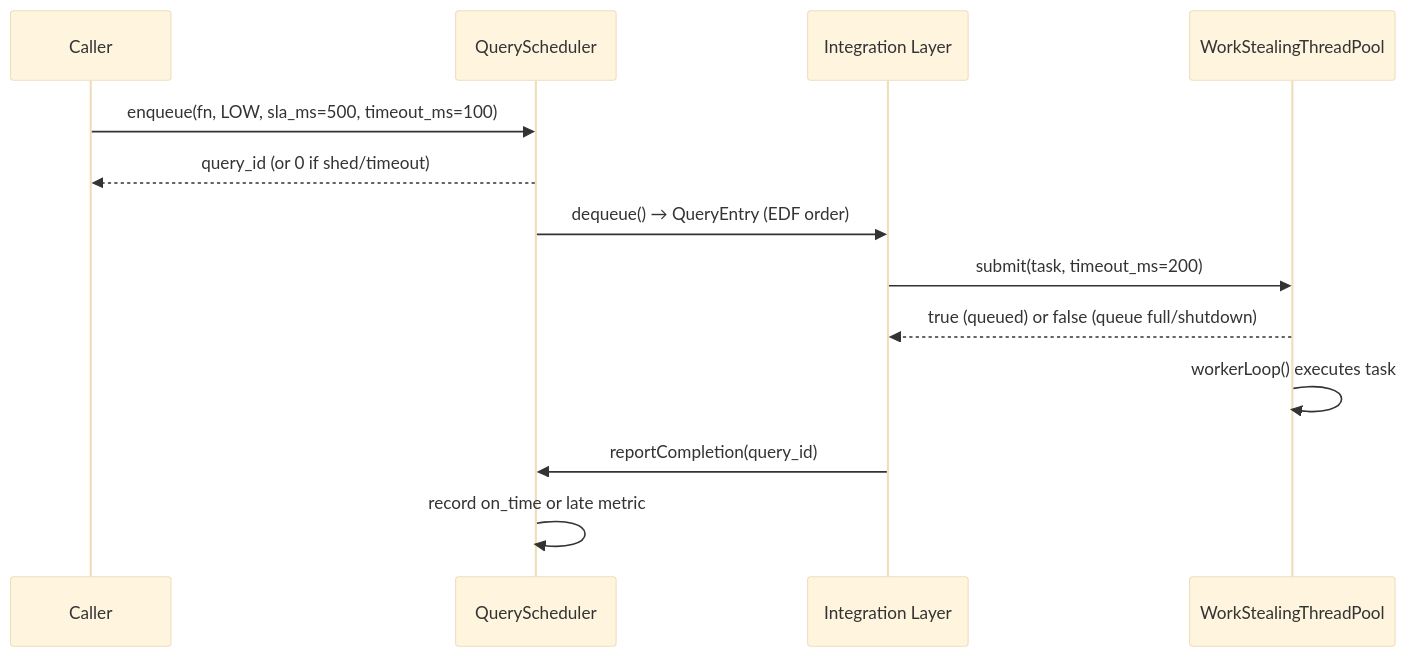
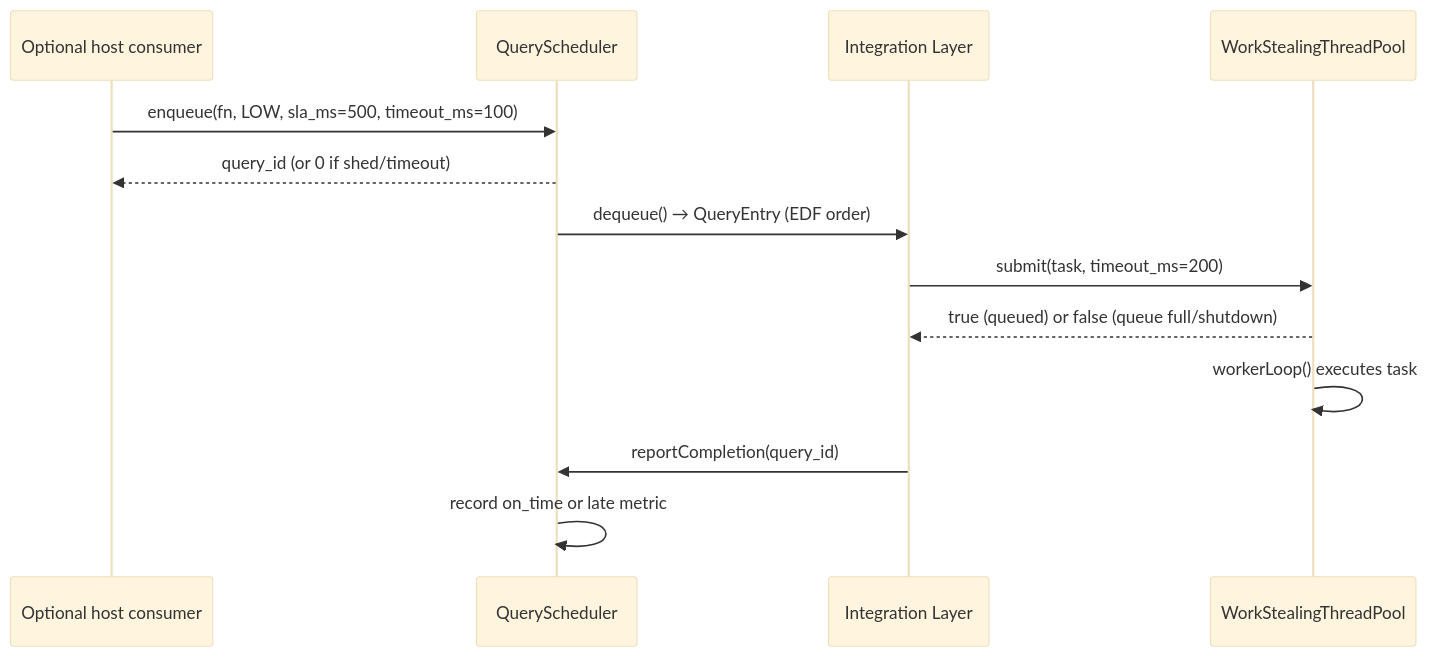
One commit to makr-code/ThemisDB changed the second of 2 diagrams in src/execution/ARCHITECTURE.md. Above: the diagram before and after it, drawn with Mermaid (base theme). The commit also changed other lines of this file and 4 other files, not shown here.

````diff
--- a/src/execution/ARCHITECTURE.md
+++ b/src/execution/ARCHITECTURE.md
@@ -109,16 +119,16 @@
 ```mermaid
 sequenceDiagram
-    participant C as Caller
+    participant C as Optional host consumer
     participant QS as QueryScheduler
     participant IL as Integration Layer
     participant TP as WorkStealingThreadPool
 
     C->>QS: enqueue(fn, LOW, sla_ms=500, timeout_ms=100)
     QS-->>C: query_id (or 0 if shed/timeout)
     QS->>IL: dequeue() → QueryEntry (EDF order)
     IL->>TP: submit(task, timeout_ms=200)
     TP-->>IL: true (queued) or false (queue full/shutdown)
     TP->>TP: workerLoop() executes task
     IL->>QS: reportCompletion(query_id)
     QS->>QS: record on_time or late metric
 ```
````
